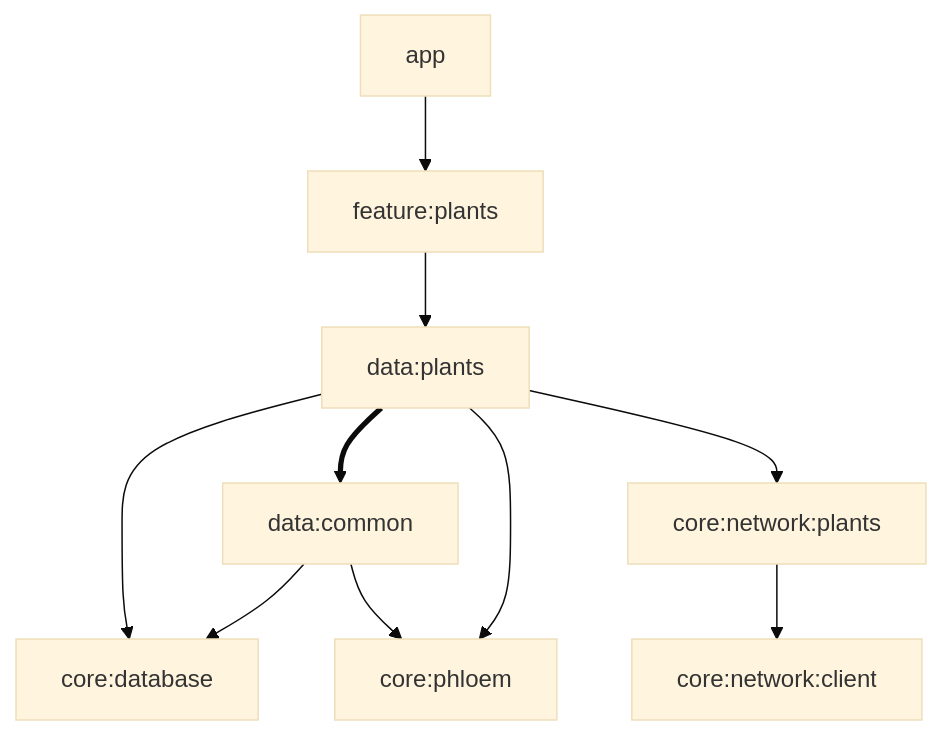
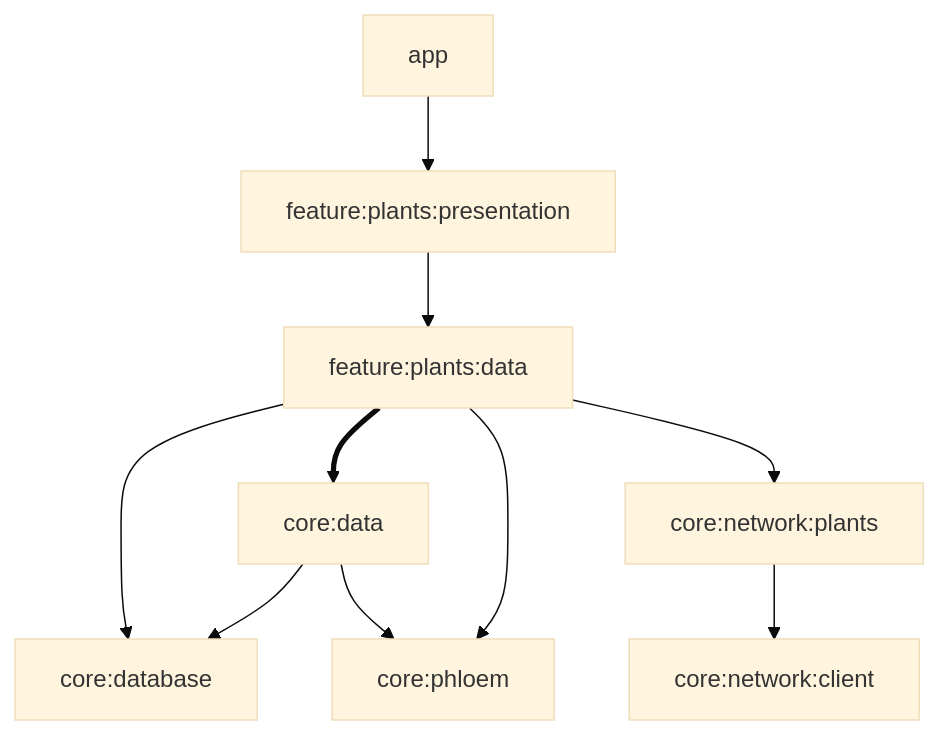
The diagram in README.md (ilyneh/leaflet), drawn with Mermaid (base theme) before and after one commit. The commit also changed other lines of this file and 132 other files, not shown here.

Commit message:
Refactor: move feature specific data module under the feature module structure (#9)

````diff
--- a/README.md
+++ b/README.md
@@ -62,12 +62,12 @@
 ```mermaid
 graph TD
-    app[app] --> featurePlants[feature:plants]
-    featurePlants --> dataPlants[data:plants]
+    app[app] --> featurePlants[feature:plants:presentation]
+    featurePlants --> dataPlants[feature:plants:data]
     dataPlants --> database[core:database]
-    dataPlants ==> dataCommon[data:common]
+    dataPlants ==> dataCommon[core:data]
     dataPlants --> phloem[core:phloem]
     dataPlants --> networkPlants[core:network:plants]
     dataCommon --> database
     dataCommon --> phloem
     networkPlants --> networkClient[core:network:client]
 ```
````
